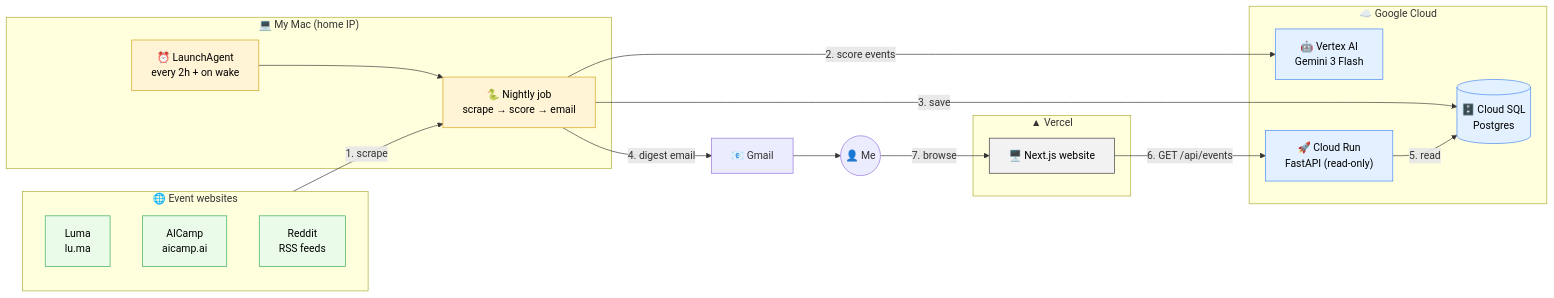
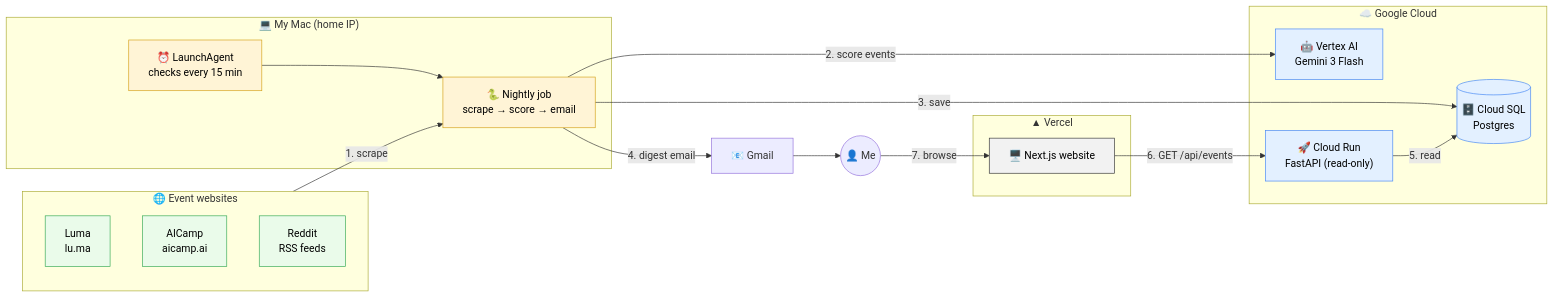
One commit to vinaykumar2126/agentic-outpost changed the first of 8 diagrams in ARCHITECTURE.md. Above: the diagram before and after it, drawn with Mermaid. The commit also changed other lines of this file and 12 other files, not shown here.

````diff
--- a/ARCHITECTURE.md
+++ b/ARCHITECTURE.md
@@ -11,44 +11,44 @@
 ```mermaid
 flowchart LR
     subgraph WEB["🌐 Event websites"]
         LUMA["Luma<br/>lu.ma"]
         AIC["AICamp<br/>aicamp.ai"]
         RED["Reddit<br/>RSS feeds"]
     end
 
     subgraph MAC["💻 My Mac (home IP)"]
-        LA["⏰ LaunchAgent<br/>every 2h + on wake"]
+        LA["⏰ LaunchAgent<br/>checks every 15 min"]
         JOB["🐍 Nightly job<br/>scrape → score → email"]
         LA --> JOB
     end
 
     subgraph GCP["☁️ Google Cloud"]
         VTX["🤖 Vertex AI<br/>Gemini 3 Flash"]
         SQL[("🗄️ Cloud SQL<br/>Postgres")]
         RUN["🚀 Cloud Run<br/>FastAPI (read-only)"]
     end
 
     subgraph VER["▲ Vercel"]
         FE["🖥️ Next.js website"]
     end
 
     ME(("👤 Me"))
     GMAIL["📧 Gmail"]
 
     WEB -->|1. scrape| JOB
     JOB -->|2. score events| VTX
     JOB -->|3. save| SQL
     JOB -->|4. digest email| GMAIL --> ME
     RUN -->|5. read| SQL
     FE -->|6. GET /api/events| RUN
     ME -->|7. browse| FE
 
     classDef mac fill:#fff4d6,stroke:#d4a017,color:#000
     classDef gcp fill:#e3f0ff,stroke:#4285f4,color:#000
     classDef web fill:#eafbea,stroke:#34a853,color:#000
     classDef ver fill:#f2f2f2,stroke:#333,color:#000
     class LA,JOB mac
     class VTX,SQL,RUN gcp
     class LUMA,AIC,RED web
     class FE ver
 ```
````
